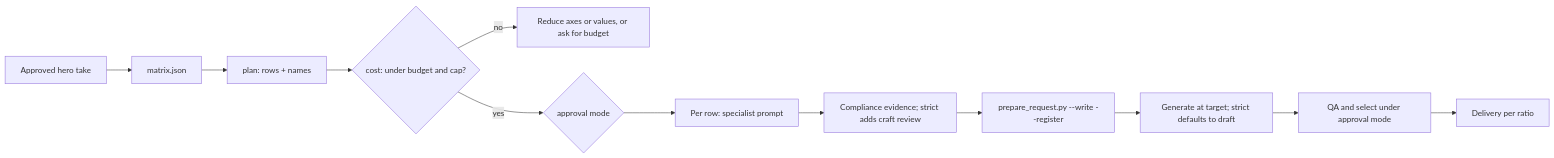
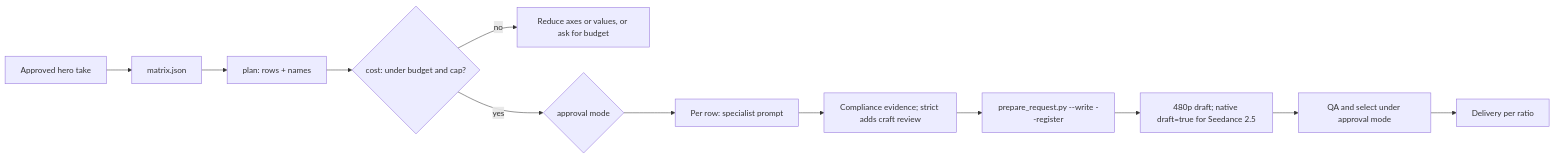
One commit to byteplus-sa/seed-marketing-studio changed the diagram in .agents/skills/ad-variant-matrix/SKILL.md. Above: the diagram before and after it, drawn with Mermaid. The commit also changed other lines of this file and 47 other files, not shown here.

First line of the commit message:
fix(seedance): enforce native drafts across marketing generation

````diff
--- a/.agents/skills/ad-variant-matrix/SKILL.md
+++ b/.agents/skills/ad-variant-matrix/SKILL.md
@@ -70,14 +70,14 @@
 ```mermaid
 flowchart LR
   H[Approved hero take] --> M[matrix.json]
   M --> P[plan: rows + names]
   P --> C{cost: under budget and cap?}
   C -->|no| R[Reduce axes or values, or ask for budget]
   C -->|yes| A{approval mode}
   A --> W[Per row: specialist prompt]
   W --> PR[Compliance evidence; strict adds craft review]
   PR --> REG[prepare_request.py --write --register]
-  REG --> S[Generate at target; strict defaults to draft]
+  REG --> S[480p draft; native draft=true for Seedance 2.5]
   S --> Q[QA and select under approval mode]
   Q --> D[Delivery per ratio]
 ```
````
